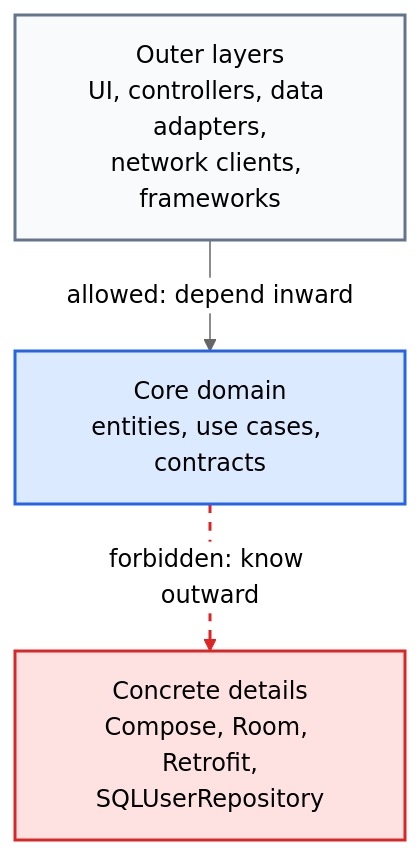
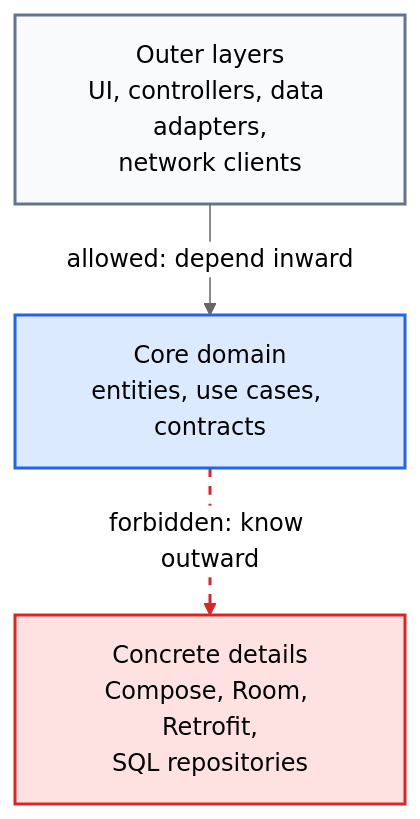
The first of 2 diagrams in docs/articles/kotlin-architecture-tests-what-and-why.md (baole/konture), drawn with Mermaid (neutral theme) before and after one commit. The commit also changed other lines of this file and 2 other files, not shown here.

````diff
--- a/docs/articles/kotlin-architecture-tests-what-and-why.md
+++ b/docs/articles/kotlin-architecture-tests-what-and-why.md
@@ -93,14 +72,14 @@
 ```mermaid
 flowchart TB
-    Outer["Outer layers<br/>UI, controllers, data adapters,<br/>network clients, frameworks"]
+    Outer["Outer layers<br/>UI, controllers, data adapters,<br/>network clients"]
     Domain["Core domain<br/>entities, use cases, contracts"]
-    Details["Concrete details<br/>Compose, Room, Retrofit,<br/>SQLUserRepository"]
+    Details["Concrete details<br/>Compose, Room, Retrofit,<br/>SQL repositories"]
 
     Outer -->|"allowed: depend inward"| Domain
     Domain -.->|"forbidden: know outward"| Details
 
     style Outer fill:#f8fafc,stroke:#64748b,stroke-width:2px
     style Domain fill:#dbeafe,stroke:#2563eb,stroke-width:2px
     style Details fill:#fee2e2,stroke:#dc2626,stroke-width:2px
     linkStyle 1 stroke:#dc2626,stroke-width:2px,stroke-dasharray: 6 6;
 ```
````
